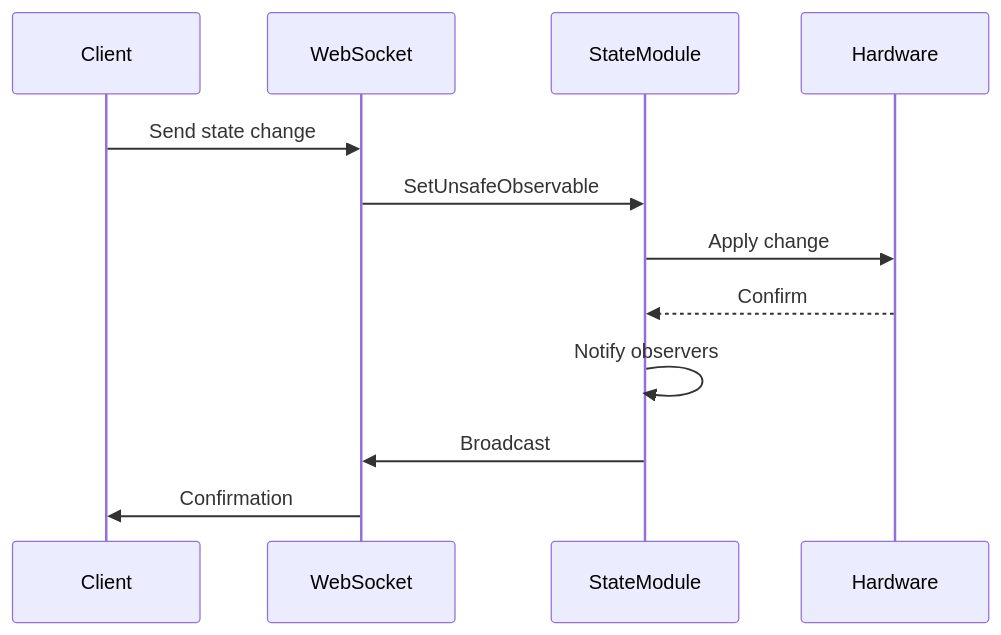
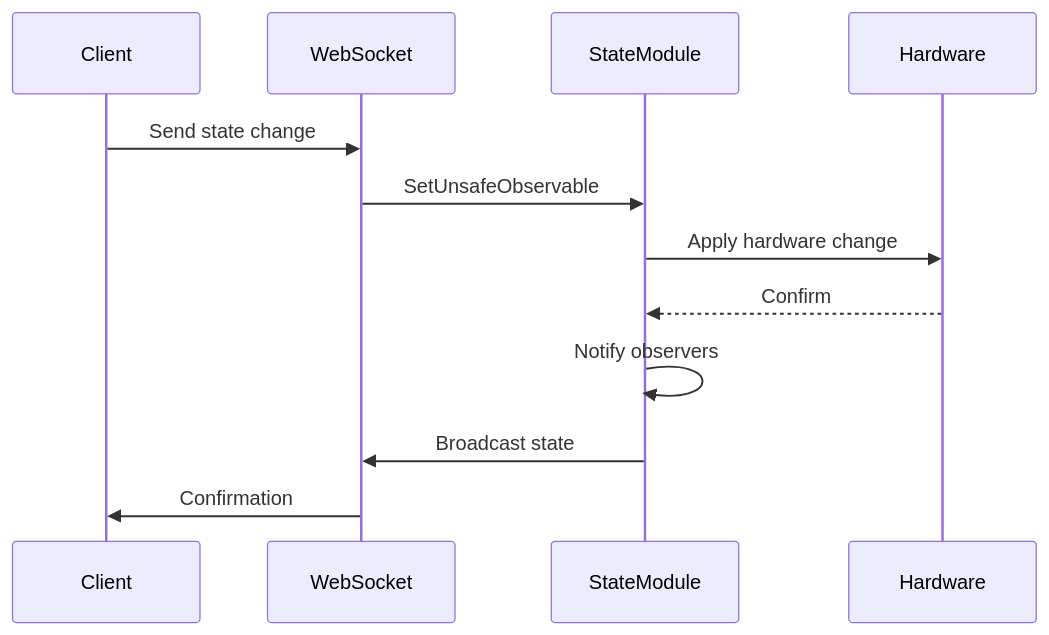
One commit to JayeshKakkad-Rotoclear/Rotoclear-C-Pro-Docs changed the second of 2 diagrams in docs/architecture/state-management.md. Above: the diagram before and after it, drawn with Mermaid. The commit also changed 12 other files, not shown here.

Commit message:
Fix all Mermaid diagrams with proper complete labels - Fixed text bundling issues by using proper full labels - Removed overly abbreviated text that caused code formatting - All node labels now properly display without being truncated - Maintained readability while ensuring proper Mermaid parsing

````diff
--- a/docs/architecture/state-management.md
+++ b/docs/architecture/state-management.md
@@ -51,15 +51,15 @@
 ```mermaid
 sequenceDiagram
     participant Client
     participant WebSocket
     participant StateModule
     participant Hardware
     
     Client->>WebSocket: Send state change
     WebSocket->>StateModule: SetUnsafeObservable
-    StateModule->>Hardware: Apply change
+    StateModule->>Hardware: Apply hardware change
     Hardware-->>StateModule: Confirm
     StateModule->>StateModule: Notify observers
-    StateModule->>WebSocket: Broadcast
+    StateModule->>WebSocket: Broadcast state
     WebSocket->>Client: Confirmation
 ```
````
